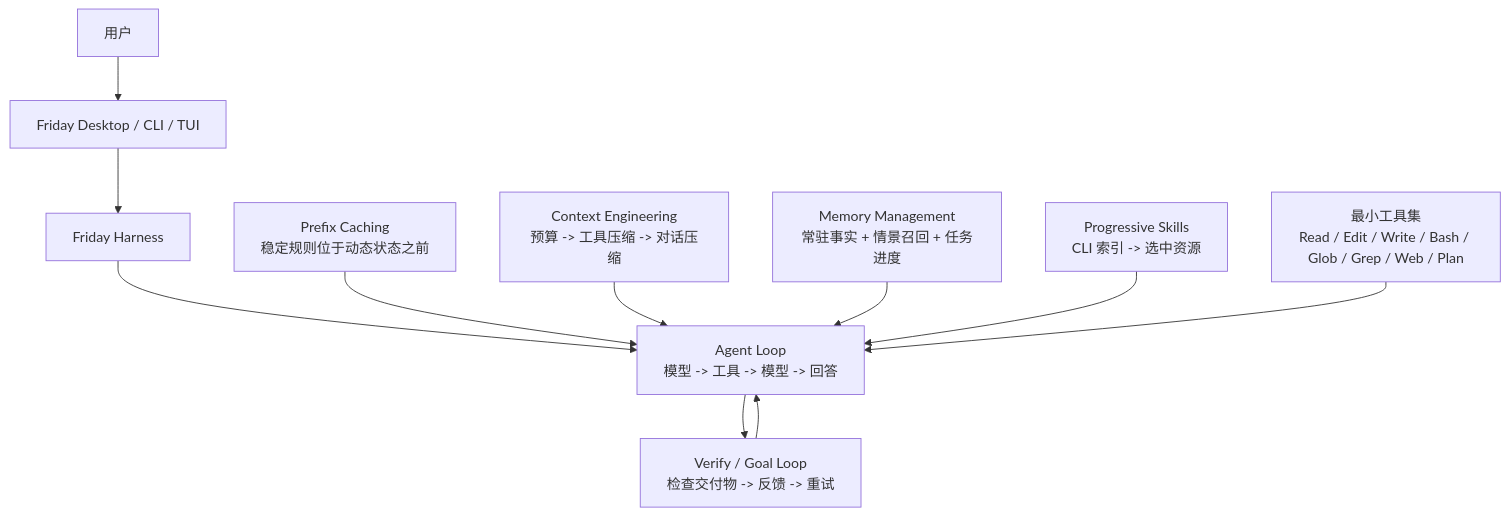
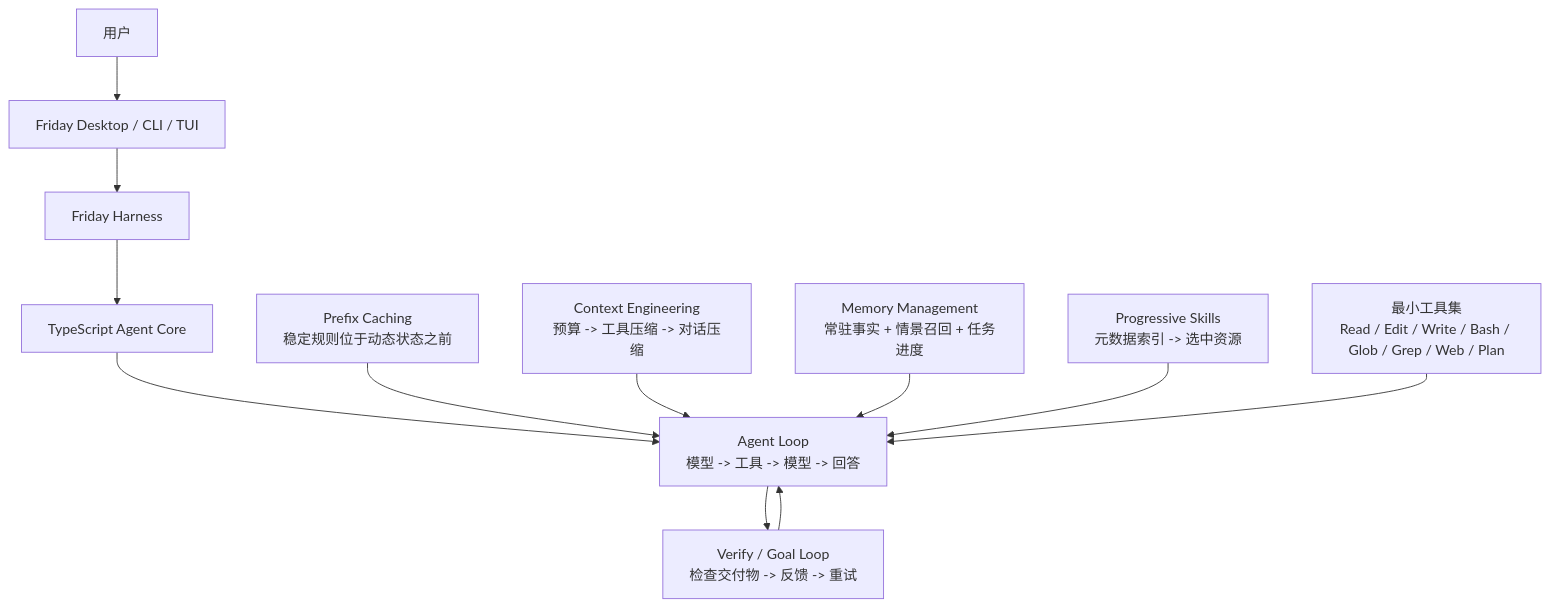
Before and after one commit to Lancetwang/friday: the diagram in README.zh-CN.md, drawn with Mermaid. The commit also changed other lines of this file and 95 other files, not shown here.

Commit message:
feat: add TypeScript runtime and cross-platform releases

````diff
--- a/README.zh-CN.md
+++ b/README.zh-CN.md
@@ -67,15 +88,16 @@
 ```mermaid
 flowchart TD
     User["用户"] --> Surface["Friday Desktop / CLI / TUI"]
     Surface --> Harness["Friday Harness"]
+    Harness --> Core["TypeScript Agent Core"]
 
-    Harness --> AgentLoop["Agent Loop<br/>模型 -> 工具 -> 模型 -> 回答"]
+    Core --> AgentLoop["Agent Loop<br/>模型 -> 工具 -> 模型 -> 回答"]
     AgentLoop --> OuterLoop["Verify / Goal Loop<br/>检查交付物 -> 反馈 -> 重试"]
     OuterLoop --> AgentLoop
 
     Prefix["Prefix Caching<br/>稳定规则位于动态状态之前"] --> AgentLoop
     Context["Context Engineering<br/>预算 -> 工具压缩 -> 对话压缩"] --> AgentLoop
     Memory["Memory Management<br/>常驻事实 + 情景召回 + 任务进度"] --> AgentLoop
-    Skills["Progressive Skills<br/>CLI 索引 -> 选中资源"] --> AgentLoop
+    Skills["Progressive Skills<br/>元数据索引 -> 选中资源"] --> AgentLoop
     Tools["最小工具集<br/>Read / Edit / Write / Bash / Glob / Grep / Web / Plan"] --> AgentLoop
 ```
````
